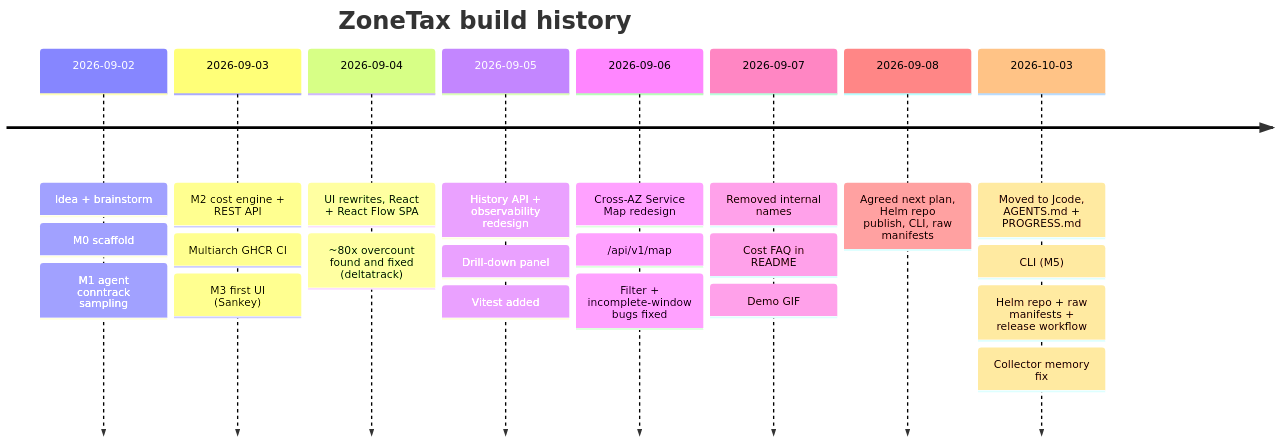
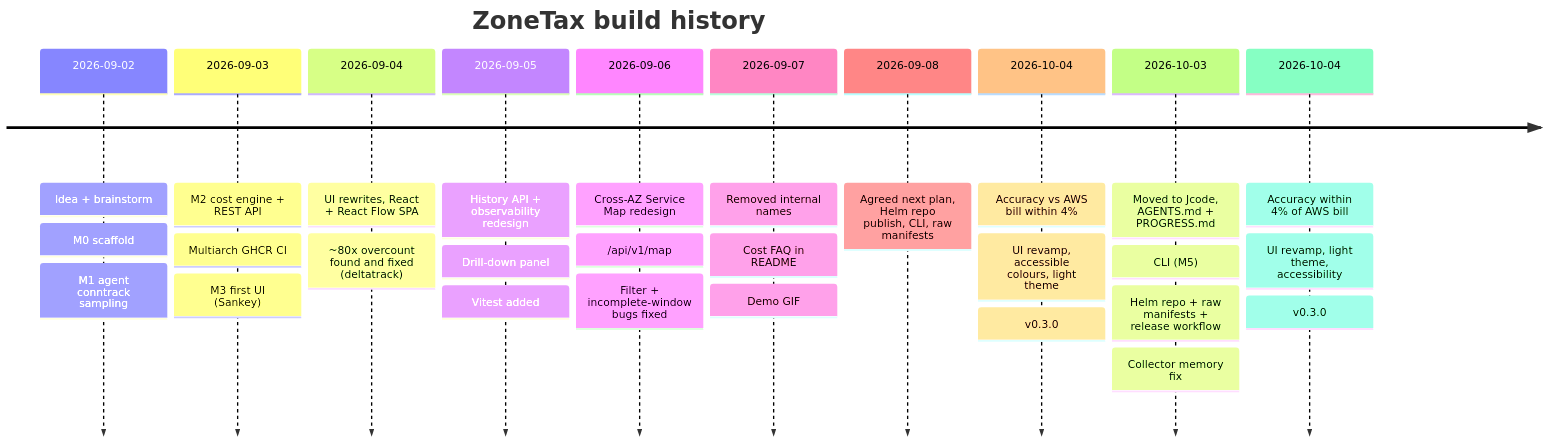
Before and after one commit to gargkrishna730/zonetax: the diagram in docs/PROGRESS.md, drawn with Mermaid. The commit also changed other lines of this file and 4 other files, not shown here.

Commit message:
Docs: dashboard screenshots (dark/light), accuracy link, UI rules in AGENTS.md

````diff
--- a/docs/PROGRESS.md
+++ b/docs/PROGRESS.md
@@ -8,12 +8,14 @@
 ```mermaid
 timeline
   title ZoneTax build history
   2026-09-02 : Idea + brainstorm : M0 scaffold : M1 agent conntrack sampling
   2026-09-03 : M2 cost engine + REST API : Multiarch GHCR CI : M3 first UI (Sankey)
   2026-09-04 : UI rewrites, React + React Flow SPA : ~80x overcount found and fixed (deltatrack)
   2026-09-05 : History API + observability redesign : Drill-down panel : Vitest added
   2026-09-06 : Cross-AZ Service Map redesign : /api/v1/map : Filter + incomplete-window bugs fixed
   2026-09-07 : Removed internal names : Cost FAQ in README : Demo GIF
   2026-09-08 : Agreed next plan, Helm repo publish, CLI, raw manifests
+  2026-10-04 : Accuracy vs AWS bill within 4% : UI revamp, accessible colours, light theme : v0.3.0
   2026-10-03 : Moved to Jcode, AGENTS.md + PROGRESS.md : CLI (M5) : Helm repo + raw manifests + release workflow : Collector memory fix
+  2026-10-04 : Accuracy within 4% of AWS bill : UI revamp, light theme, accessibility : v0.3.0
 ```
````
